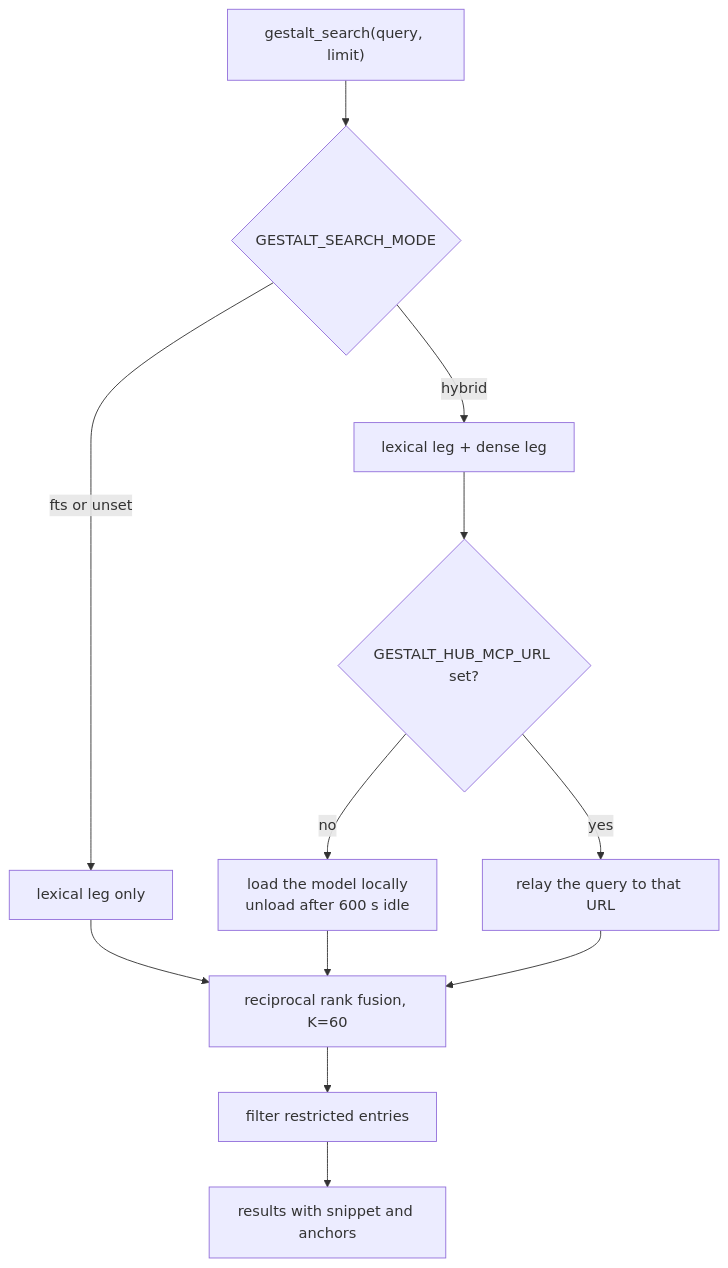
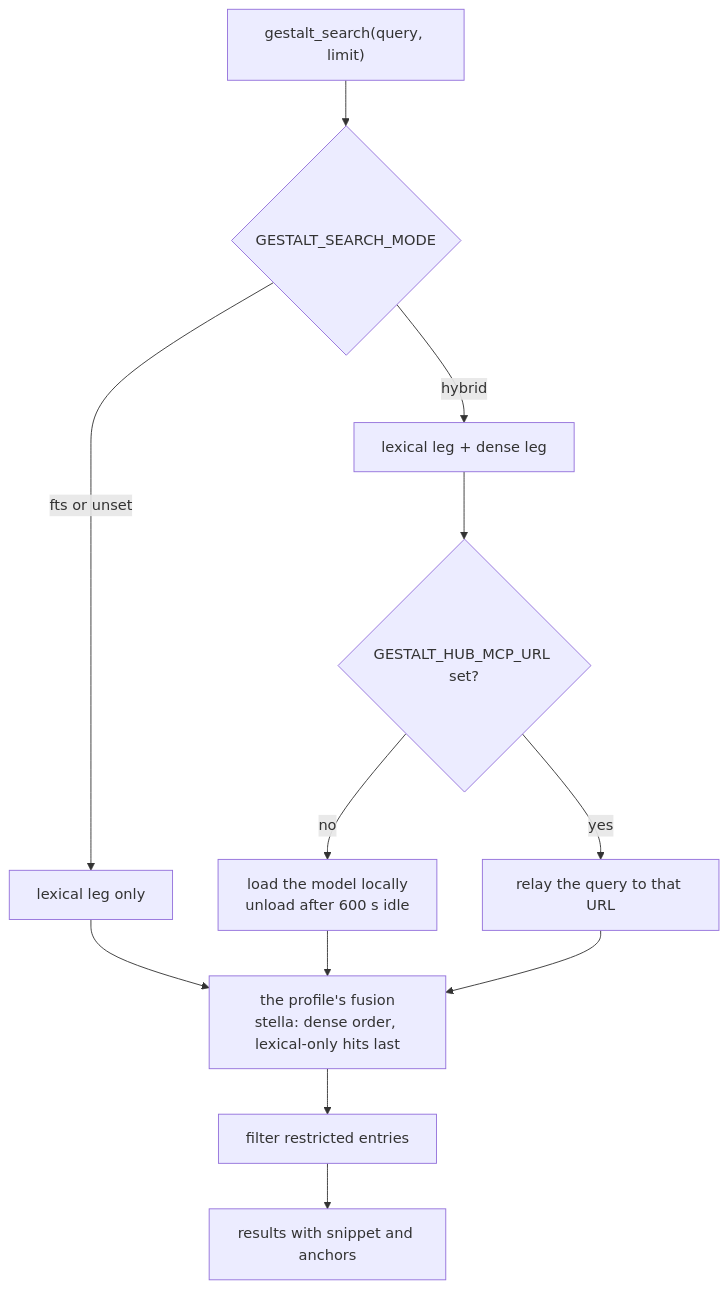
The fourth of 8 diagrams in docs/ARCHITECTURE.md (phbui/gestalt-core), drawn with Mermaid before and after one commit. The commit also changed other lines of this file and 90 other files, not shown here.

````diff
--- a/docs/ARCHITECTURE.md
+++ b/docs/ARCHITECTURE.md
@@ -75,14 +75,14 @@
 ```mermaid
 flowchart TD
   Q["gestalt_search(query, limit)"] --> M{"GESTALT_SEARCH_MODE"}
   M -->|"fts or unset"| F["lexical leg only"]
   M -->|hybrid| H["lexical leg + dense leg"]
   H --> E{"GESTALT_HUB_MCP_URL set?"}
   E -->|yes| X["relay the query to that URL"]
   E -->|no| L["load the model locally<br/>unload after 600 s idle"]
-  F --> R["reciprocal rank fusion, K=60"]
+  F --> R["the profile's fusion<br/>stella: dense order, lexical-only hits last"]
   L --> R
   X --> R
   R --> S["filter restricted entries"]
   S --> O["results with snippet and anchors"]
 ```
````
